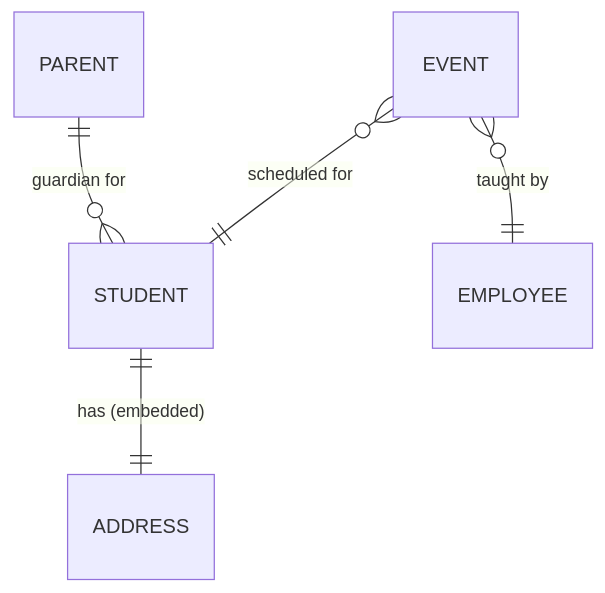
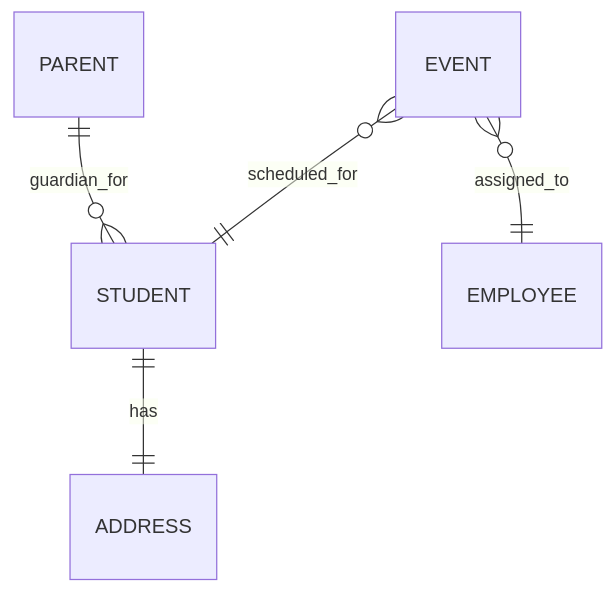
One commit to scarpeace/aprimorar changed the second of 2 diagrams in docs/project.md. Above: the diagram before and after it, drawn with Mermaid. The commit also changed other lines of this file and 17 other files, not shown here.

````diff
--- a/docs/project.md
+++ b/docs/project.md
@@ -355,7 +87,7 @@
 ```mermaid
 erDiagram
-    PARENT ||--o{ STUDENT : "guardian for"
-    STUDENT ||--|| ADDRESS : "has (embedded)"
-    EVENT }o--|| STUDENT : "scheduled for"
-    EVENT }o--|| EMPLOYEE : "taught by"
+    PARENT ||--o{ STUDENT : guardian_for
+    STUDENT ||--|| ADDRESS : has
+    EVENT }o--|| STUDENT : scheduled_for
+    EVENT }o--|| EMPLOYEE : assigned_to
 ```
````
